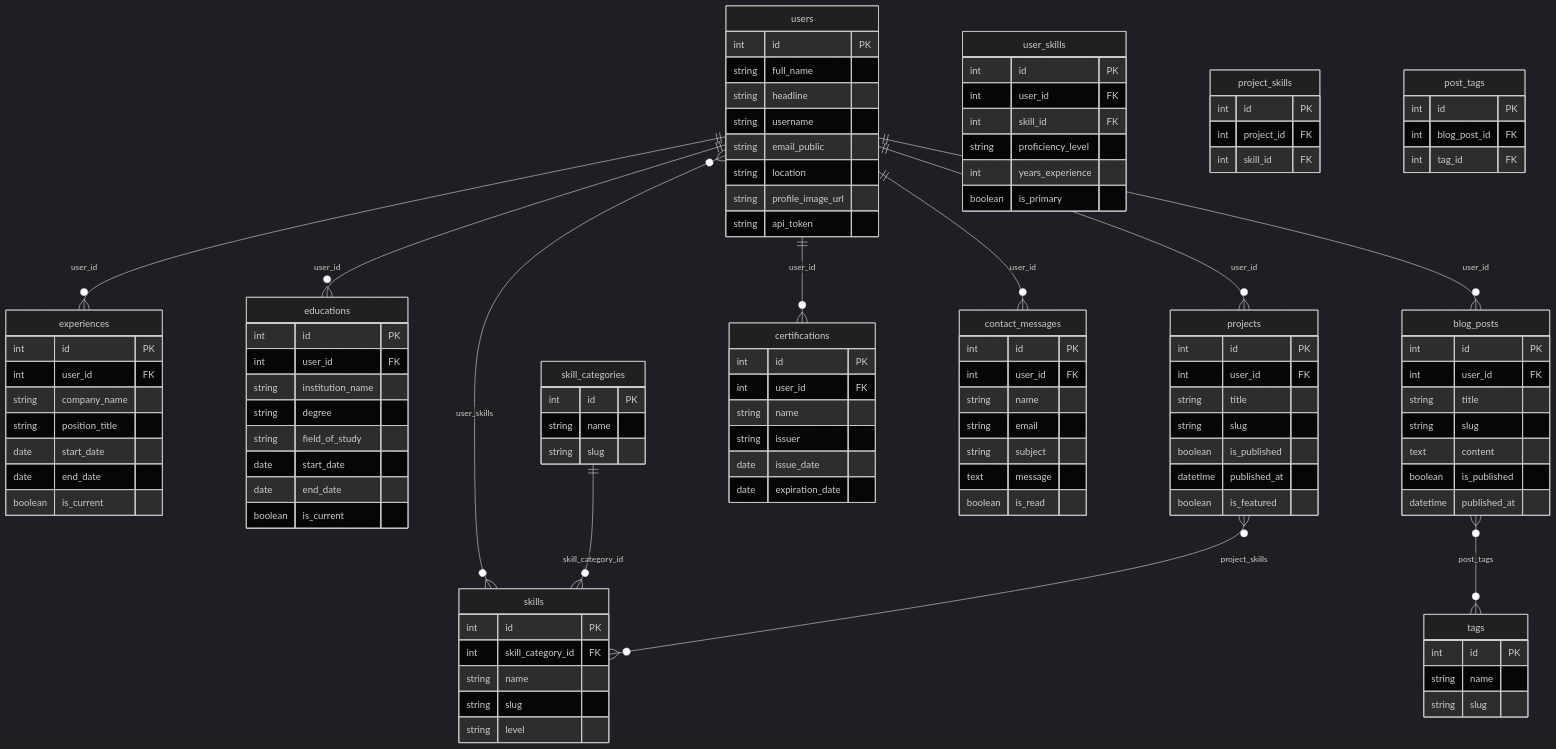
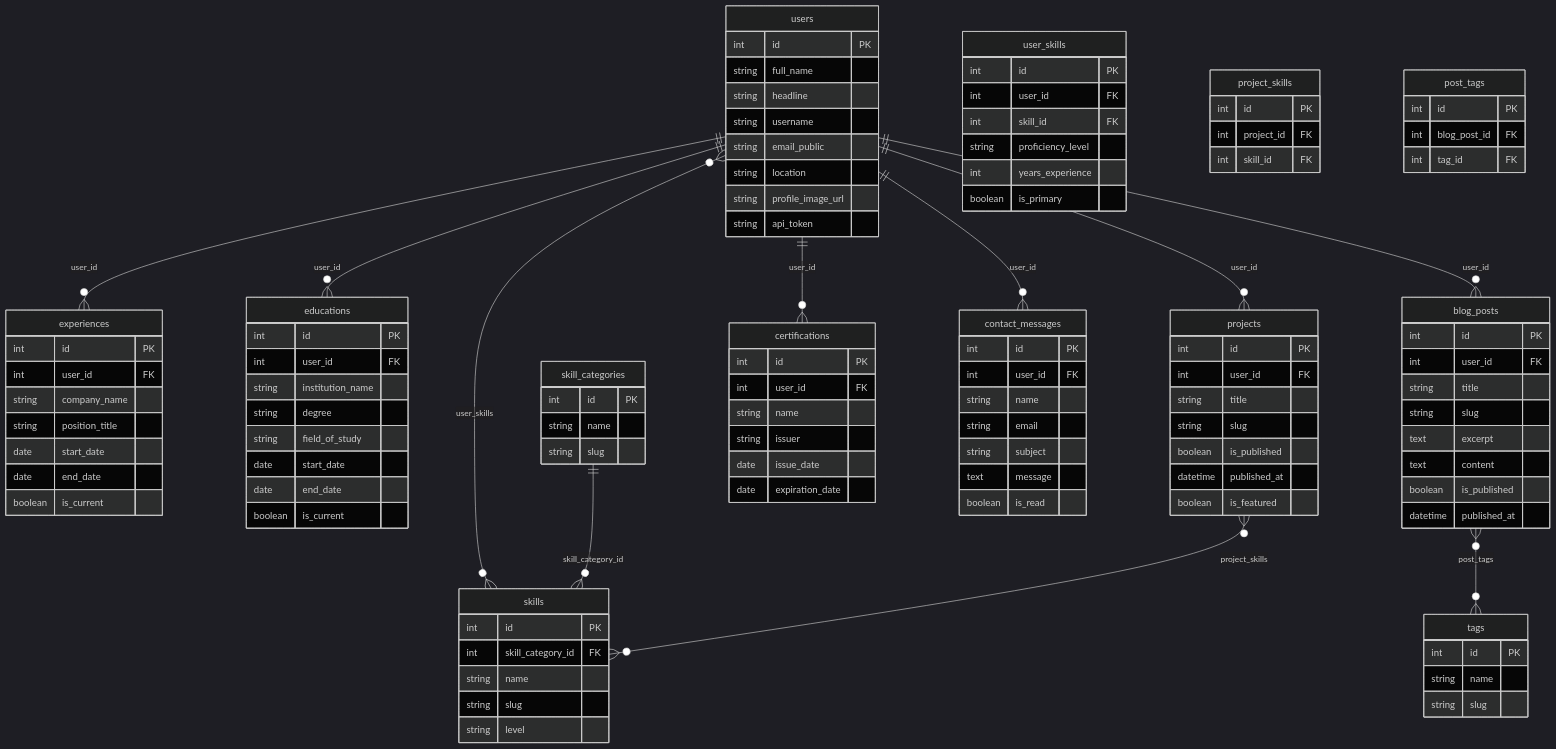
Before and after one commit to asepready/personal: the fourth of 15 diagrams in docs/DIAGRAM_DAN_ERD.md, drawn with Mermaid (dark theme). The commit also changed other lines of this file and 52 other files, not shown here.

```diff
--- a/docs/DIAGRAM_DAN_ERD.md
+++ b/docs/DIAGRAM_DAN_ERD.md
@@ -100,6 +152,7 @@
     int user_id FK
     string title
     string slug
+    text excerpt
     text content
     boolean is_published
     datetime published_at
```
